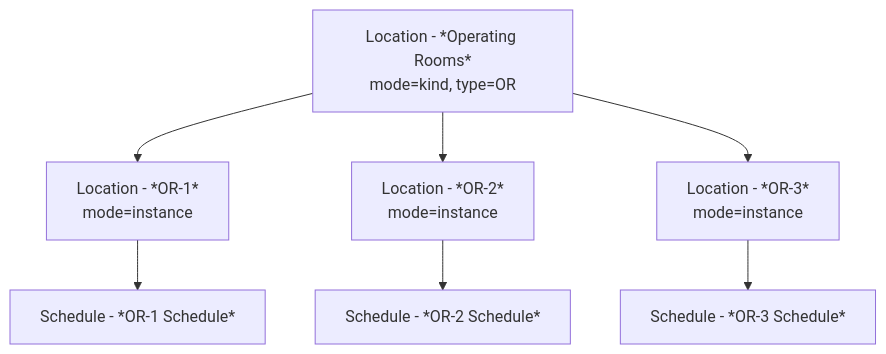
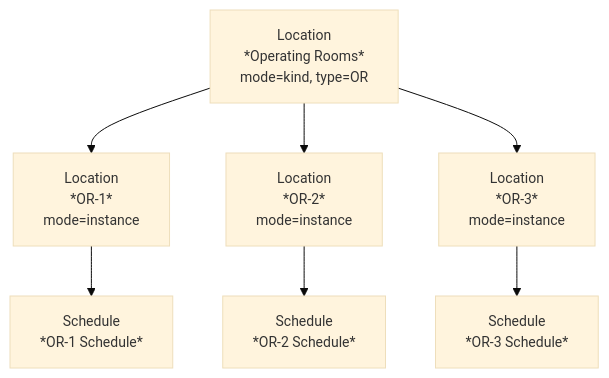
One commit to medplum/medplum changed the fifth of 5 diagrams in packages/docs/docs/scheduling/defining-availability.md. Above: the diagram before and after it, drawn with Mermaid. The commit also changed other lines of this file, not shown here.

````diff
--- a/packages/docs/docs/scheduling/defining-availability.md
+++ b/packages/docs/docs/scheduling/defining-availability.md
@@ -868,10 +872,11 @@
 ```mermaid
+%%{init: {'theme':'base', 'themeVariables': {'fontSize':'14px'}, 'flowchart': {'useMaxWidth': false, 'htmlLabels': true}}}%%
 graph TD
-    A[Location - *Operating Rooms*<br/>mode=kind, type=OR] --> B1[Location - *OR-1*<br/>mode=instance]
-    A --> B2[Location - *OR-2*<br/>mode=instance]
-    A --> B3[Location - *OR-3*<br/>mode=instance]
+    A[Location<br/>*Operating Rooms*<br/>mode=kind, type=OR] --> B1[Location<br/>*OR-1*<br/>mode=instance]
+    A --> B2[Location<br/>*OR-2*<br/>mode=instance]
+    A --> B3[Location<br/>*OR-3*<br/>mode=instance]
     
-    B1 --> C1[Schedule - *OR-1 Schedule*]
-    B2 --> C2[Schedule - *OR-2 Schedule*]
-    B3 --> C3[Schedule - *OR-3 Schedule*]
+    B1 --> C1[Schedule<br/>*OR-1 Schedule*]
+    B2 --> C2[Schedule<br/>*OR-2 Schedule*]
+    B3 --> C3[Schedule<br/>*OR-3 Schedule*]
 ```
````
